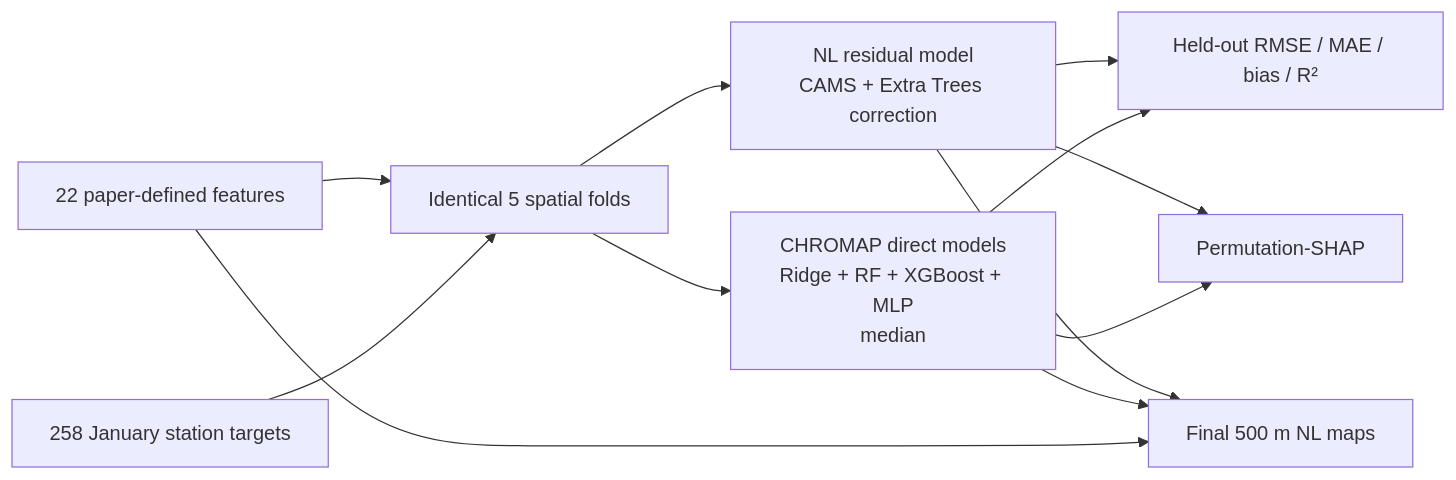
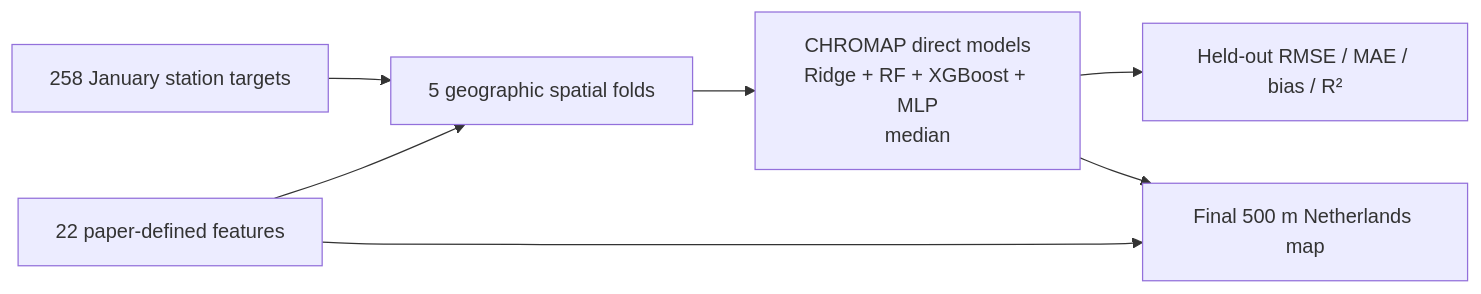
The diagram in docs/PAPER_FAITHFUL_NO2_2021_01.md (athithyai/NL-chromap), drawn with Mermaid before and after one commit. The commit also changed other lines of this file and 58 other files, not shown here.

````diff
--- a/docs/PAPER_FAITHFUL_NO2_2021_01.md
+++ b/docs/PAPER_FAITHFUL_NO2_2021_01.md
@@ -17,14 +17,9 @@
 ```mermaid
 flowchart LR
-  A[258 January station targets] --> D[Identical 5 spatial folds]
+  A[258 January station targets] --> D[5 geographic spatial folds]
   B[22 paper-defined features] --> D
   D --> C[CHROMAP direct models<br/>Ridge + RF + XGBoost + MLP<br/>median]
-  D --> N[NL residual model<br/>CAMS + Extra Trees correction]
   C --> V[Held-out RMSE / MAE / bias / R²]
-  N --> V
-  B --> M[Final 500 m NL maps]
+  B --> M[Final 500 m Netherlands map]
   C --> M
-  N --> M
-  C --> S[Permutation-SHAP]
-  N --> S
 ```
````
